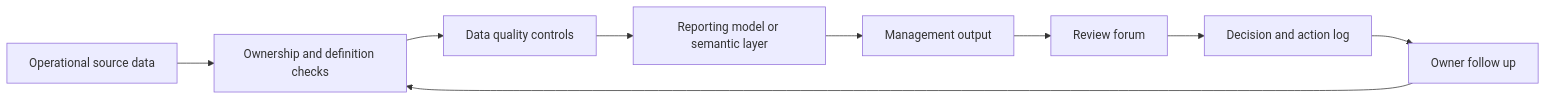
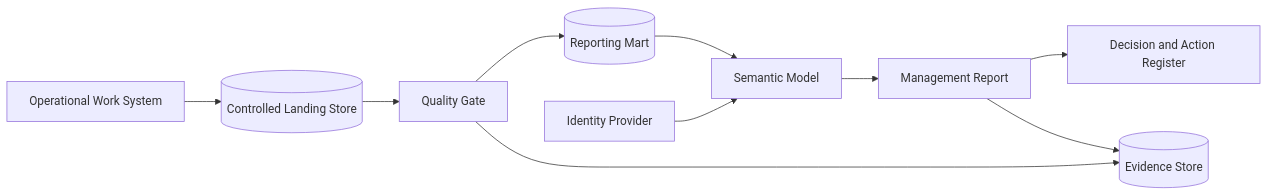
One commit to quantameridian/decision-support-architecture-playbook changed the diagram in README.md. Above: the diagram before and after it, drawn with Mermaid. The commit also changed other lines of this file and 58 other files, not shown here.

Commit message:
Build traceable decision support architecture

````diff
--- a/README.md
+++ b/README.md
@@ -95,11 +29,12 @@
 ```mermaid
 flowchart LR
-    A["Operational source data"] --> B["Ownership and definition checks"]
-    B --> C["Data quality controls"]
-    C --> D["Reporting model or semantic layer"]
-    D --> E["Management output"]
-    E --> F["Review forum"]
-    F --> G["Decision and action log"]
-    G --> H["Owner follow up"]
-    H --> B
+    Source["Operational Work System"] --> Landing[("Controlled Landing Store")]
+    Landing --> Gate["Quality Gate"]
+    Gate --> Mart[("Reporting Mart")]
+    Mart --> Model["Semantic Model"]
+    Identity["Identity Provider"] --> Model
+    Model --> Report["Management Report"]
+    Report --> Review["Decision and Action Register"]
+    Gate --> Evidence[("Evidence Store")]
+    Report --> Evidence
 ```
````
